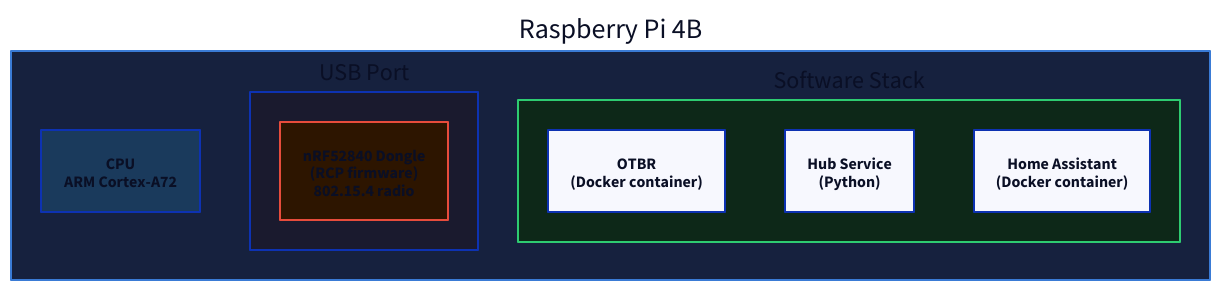
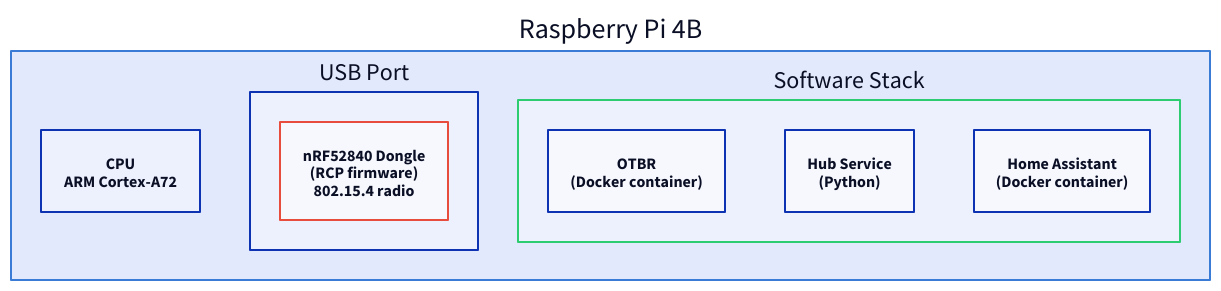
The diagram in docs/diagrams/hub-hardware.d2 (EtaCassiopeia/smart-vent), drawn with D2 before and after one commit. The commit also changed 17 other files, not shown here.

First line of the commit message:
Fix text readability in D2 diagrams

```diff
--- a/docs/diagrams/hub-hardware.d2
+++ b/docs/diagrams/hub-hardware.d2
@@ -1,26 +1,19 @@
 rpi: Raspberry Pi 4B {
-  style.fill: "#16213e"
   style.stroke: "#3a7bd5"
 
-  cpu: CPU\nARM Cortex-A72 {
-    style.fill: "#1a3a5c"
-  }
+  cpu: CPU\nARM Cortex-A72
 
   usb: USB Port {
-    style.fill: "#1a1a2e"
-
     dongle: nRF52840 Dongle\n(RCP firmware)\n802.15.4 radio {
-      style.fill: "#2d1500"
       style.stroke: "#e74c3c"
     }
   }
 
   software: Software Stack {
-    style.fill: "#0d2818"
     style.stroke: "#2ecc71"
 
     otbr: OTBR\n(Docker container)
     hub: Hub Service\n(Python)
     ha: Home Assistant\n(Docker container)
   }
 }
```
